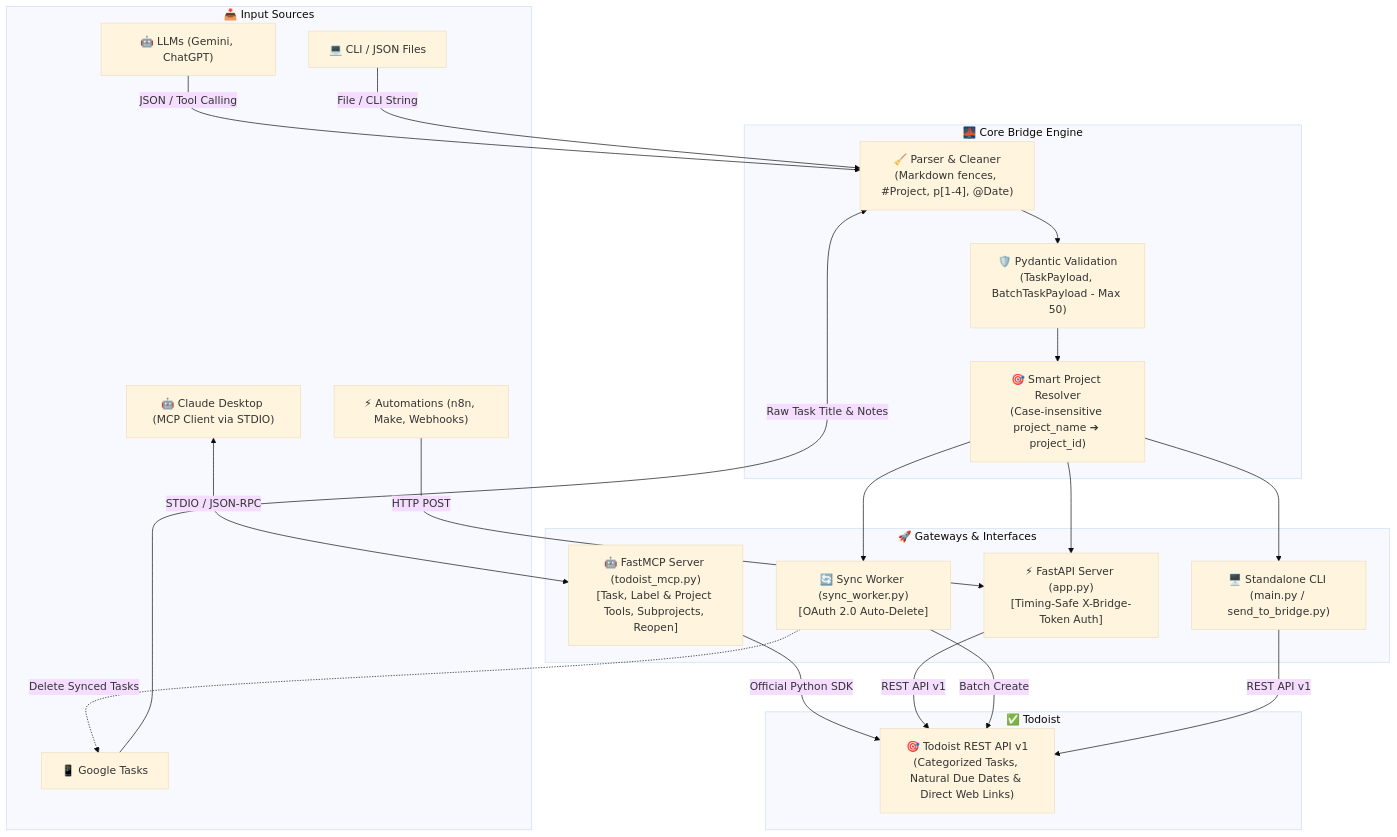
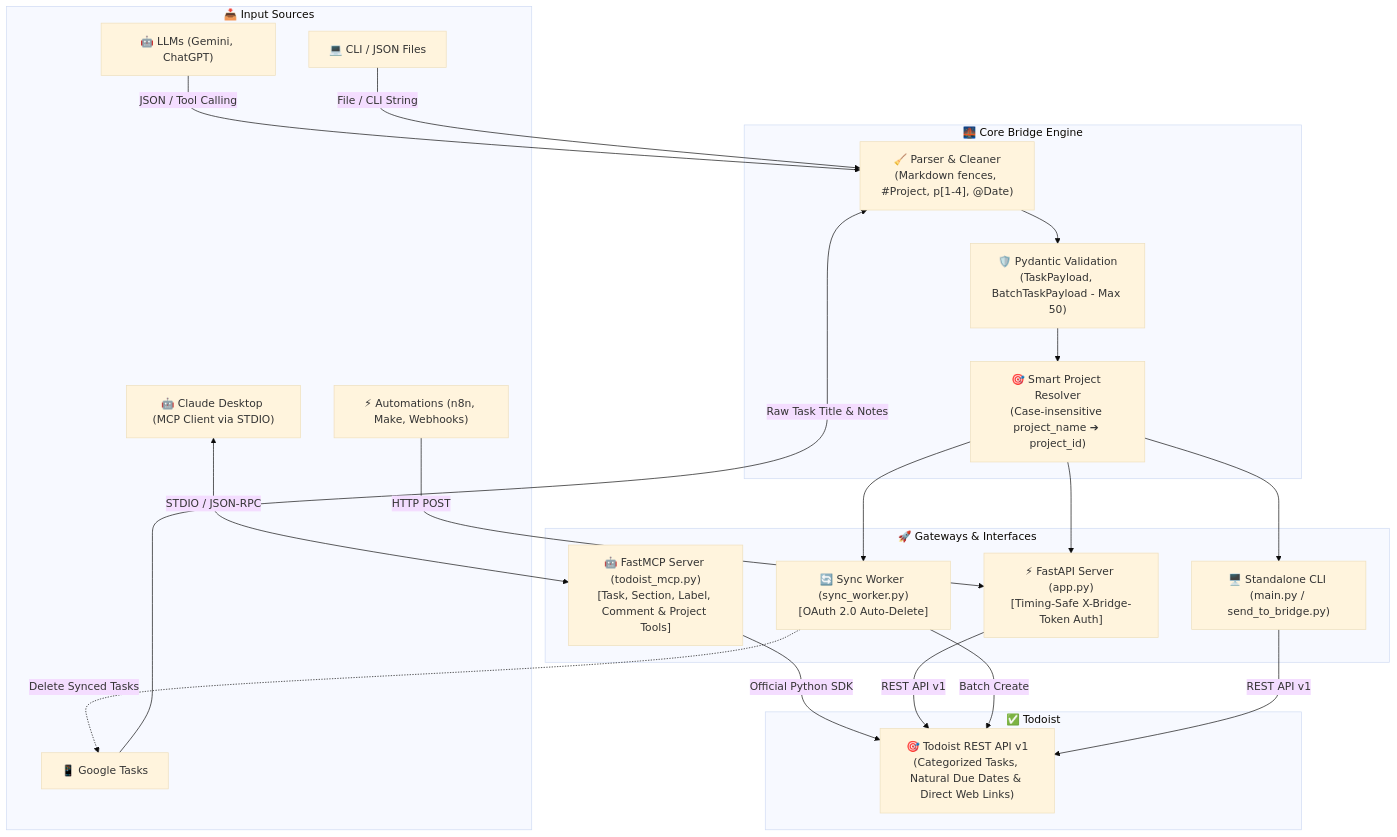
One commit to kagankurubas/Todoist-Gemini-Bridge changed the diagram in README.md. Above: the diagram before and after it, drawn with Mermaid (base theme). The commit also changed other lines of this file and 2 other files, not shown here.

Commit message:
feat(mcp): add section/kanban management, task comments, and full label operations with 114 tests

````diff
--- a/README.md
+++ b/README.md
@@ -30,45 +30,45 @@
 ```mermaid
 flowchart TD
     subgraph Sources["📥 Input Sources"]
         A1["🤖 Claude Desktop (MCP Client via STDIO)"]
         A2["🤖 LLMs (Gemini, ChatGPT)"]
         A3["📱 Google Tasks"]
         A4["⚡ Automations (n8n, Make, Webhooks)"]
         A5["💻 CLI / JSON Files"]
     end
 
     subgraph CoreBridge["🌉 Core Bridge Engine"]
         B1["🧹 Parser & Cleaner\n(Markdown fences, #Project, p[1-4], @Date)"]
         B2["🛡️ Pydantic Validation\n(TaskPayload, BatchTaskPayload - Max 50)"]
         B3["🎯 Smart Project Resolver\n(Case-insensitive project_name ➔ project_id)"]
     end
 
     subgraph Gateways["🚀 Gateways & Interfaces"]
-        C1["🤖 FastMCP Server (todoist_mcp.py)\n[Task, Label & Project Tools, Subprojects, Reopen]"]
+        C1["🤖 FastMCP Server (todoist_mcp.py)\n[Task, Section, Label, Comment & Project Tools]"]
         C2["⚡ FastAPI Server (app.py)\n[Timing-Safe X-Bridge-Token Auth]"]
         C3["🔄 Sync Worker (sync_worker.py)\n[OAuth 2.0 Auto-Delete]"]
         C4["🖥️ Standalone CLI (main.py / send_to_bridge.py)"]
     end
 
     subgraph Todoist["✅ Todoist"]
         D["🎯 Todoist REST API v1\n(Categorized Tasks, Natural Due Dates & Direct Web Links)"]
     end
 
     A1 <-->|STDIO / JSON-RPC| C1
     A2 -->|JSON / Tool Calling| B1
     A3 -->|Raw Task Title & Notes| B1
     A4 -->|HTTP POST| C2
     A5 -->|File / CLI String| B1
 
     B1 --> B2
     B2 --> B3
     B3 --> C2
     B3 --> C3
     B3 --> C4
 
     C1 -->|Official Python SDK| D
     C2 -->|REST API v1| D
     C3 -->|Batch Create| D
     C3 -.->|Delete Synced Tasks| A3
     C4 -->|REST API v1| D
 ```
````
